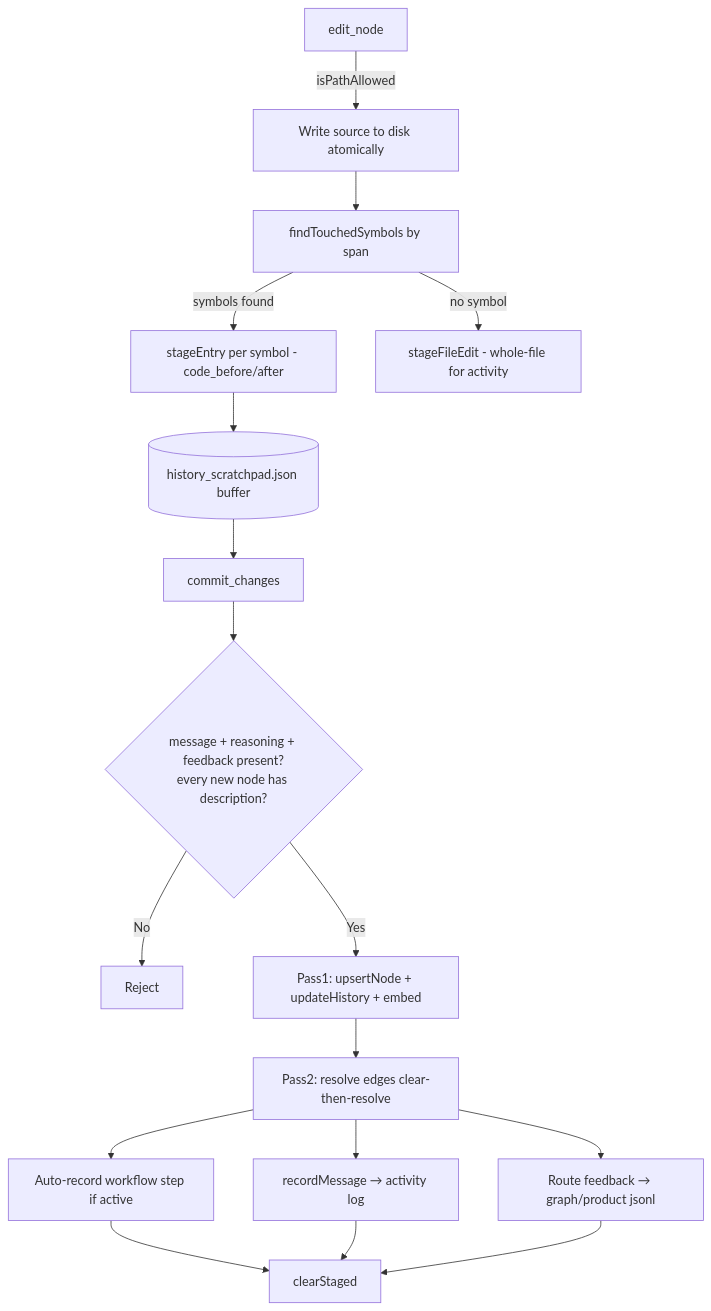
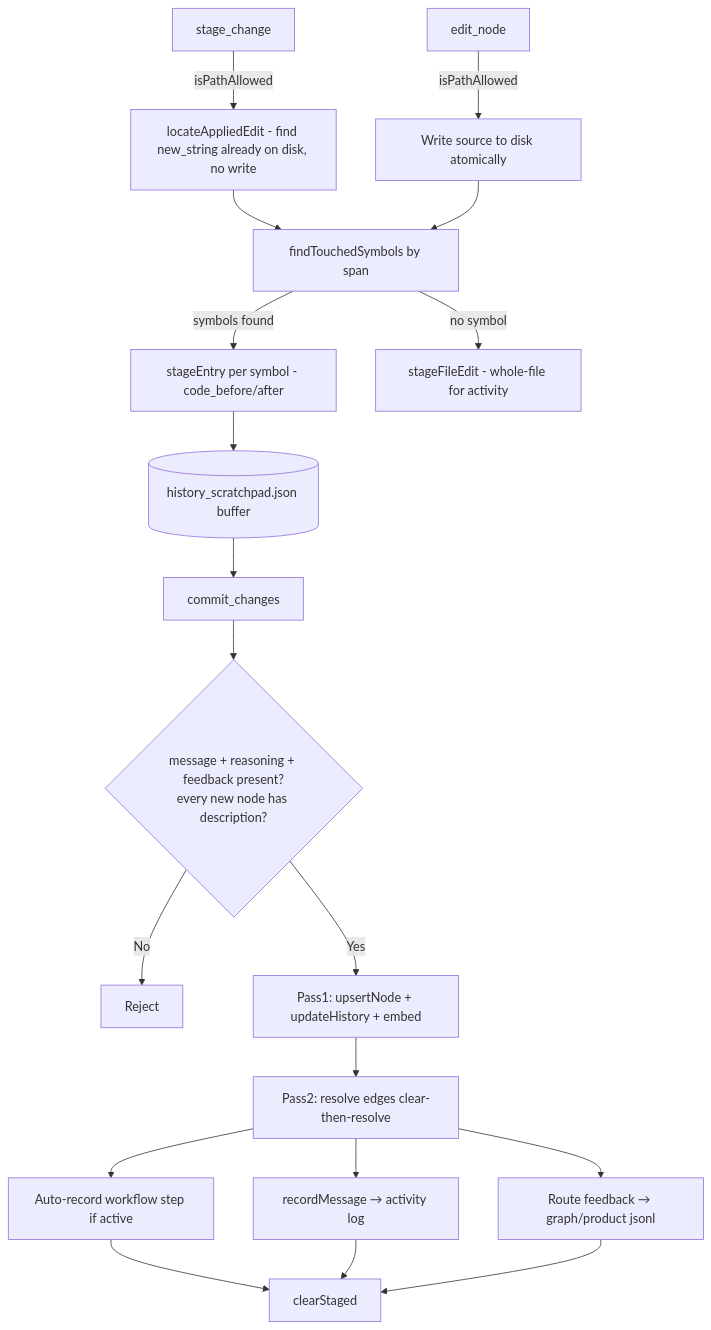
Before and after one commit to Abialidr/devsmind-mcp: the ninth of 17 diagrams in FUNCTIONALITY_MAP.md, drawn with Mermaid. The commit also changed other lines of this file and 21 other files, not shown here.

````diff
--- a/FUNCTIONALITY_MAP.md
+++ b/FUNCTIONALITY_MAP.md
@@ -394,17 +404,19 @@
 ```mermaid
 flowchart TD
   E[edit_node] -->|isPathAllowed| W[Write source to disk atomically]
+  SC[stage_change] -->|isPathAllowed| L[locateAppliedEdit - find new_string already on disk, no write]
+  L --> T
   W --> T[findTouchedSymbols by span]
   T -->|symbols found| ST[stageEntry per symbol - code_before/after]
   T -->|no symbol| FE[stageFileEdit - whole-file for activity]
   ST --> BUF[(history_scratchpad.json buffer)]
   BUF --> CM[commit_changes]
   CM --> G1{message + reasoning + feedback present?\nevery new node has description?}
   G1 -->|No| REJECT[Reject]
   G1 -->|Yes| UP[Pass1: upsertNode + updateHistory + embed]
   UP --> ED[Pass2: resolve edges clear-then-resolve]
   ED --> WF[Auto-record workflow step if active]
   ED --> AL[recordMessage → activity log]
   ED --> FB[Route feedback → graph/product jsonl]
   WF & AL & FB --> CLR[clearStaged]
 ```
````
